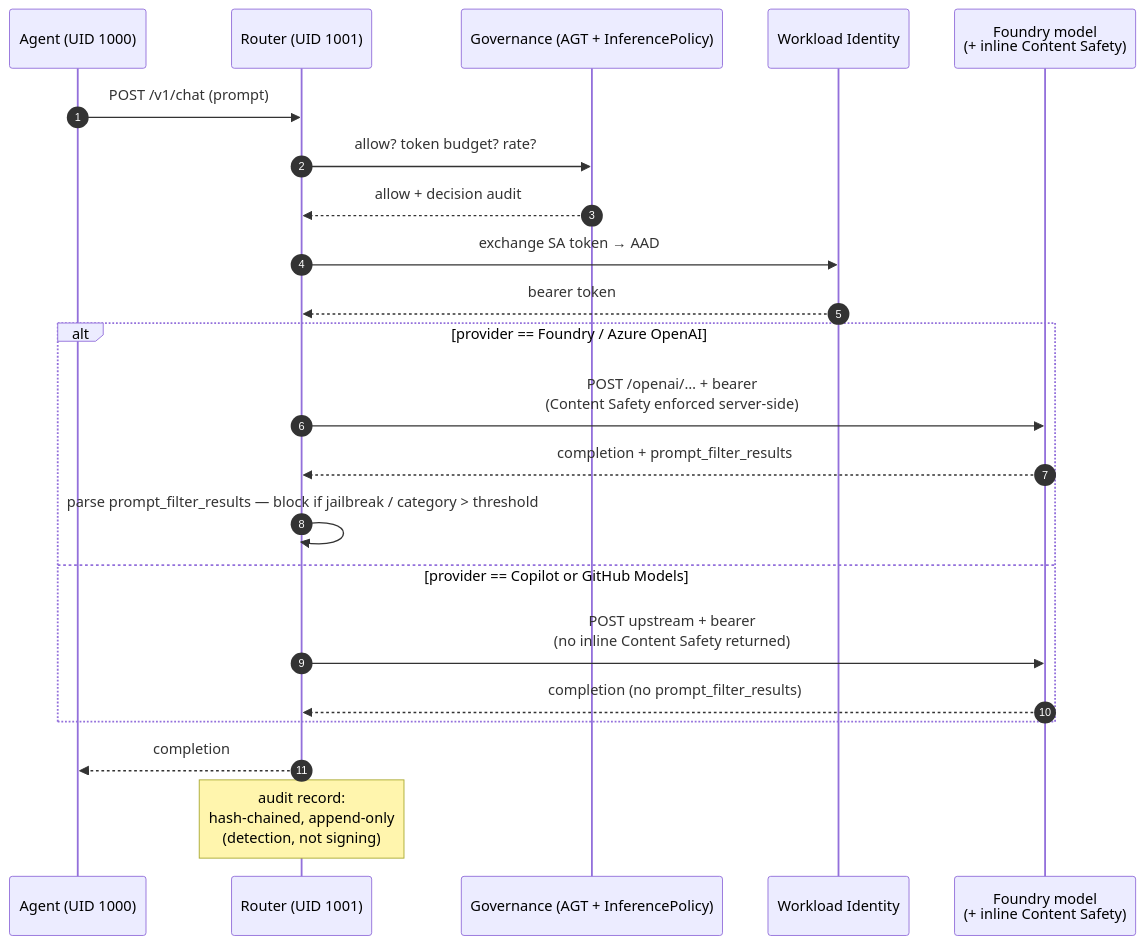
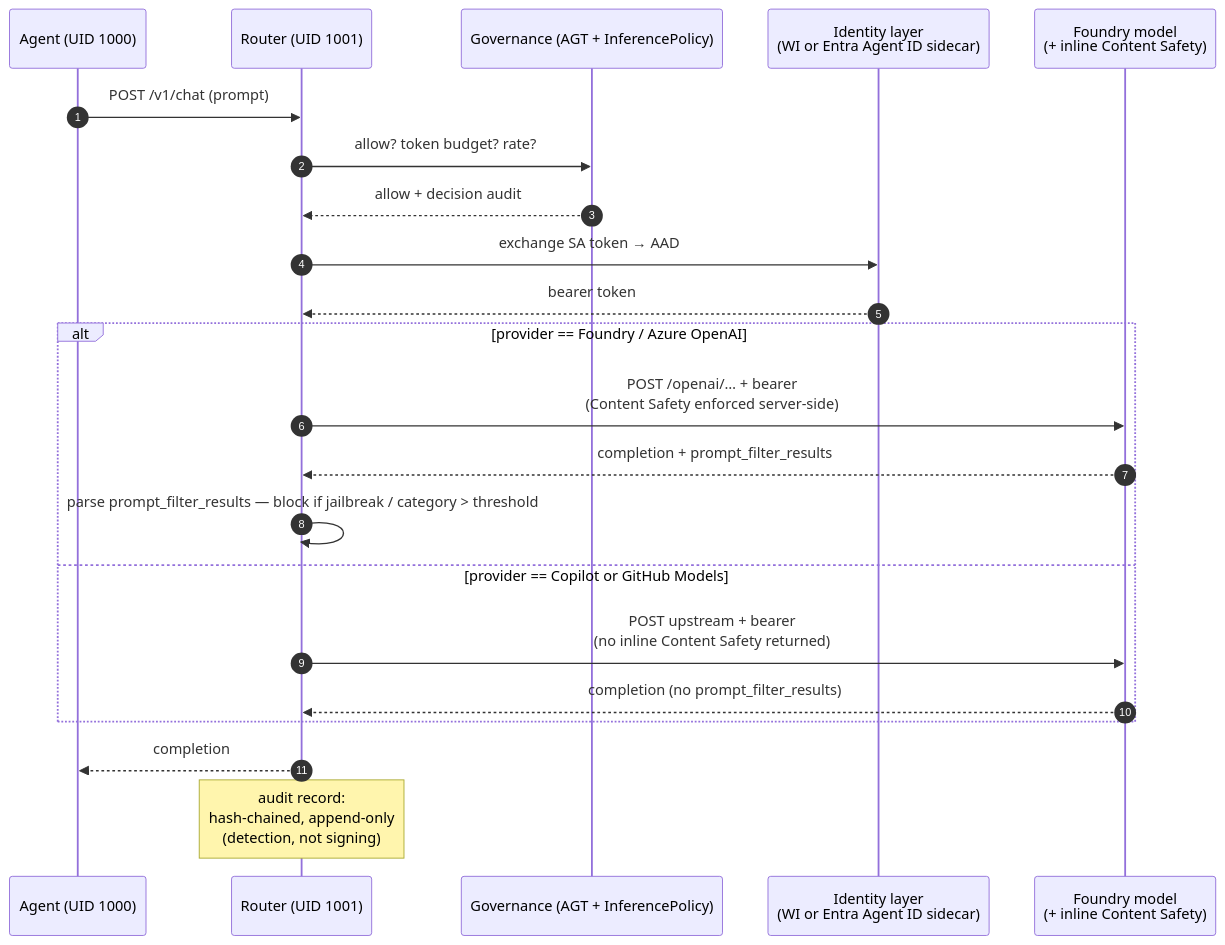
Before and after one commit to lachie83/kars: the third of 9 diagrams in docs/architecture-diagrams.md, drawn with Mermaid. The commit also changed other lines of this file and 6 other files, not shown here.

First line of the commit message:
docs(readme,architecture): refresh identity story for Entra Agent ID + scrub residual azureclaw refs (#366)

````diff
--- a/docs/architecture-diagrams.md
+++ b/docs/architecture-diagrams.md
@@ -82,25 +103,25 @@
 ```mermaid
 sequenceDiagram
   autonumber
   participant Agent as Agent (UID 1000)
   participant Router as Router (UID 1001)
   participant Gov as Governance (AGT + InferencePolicy)
-  participant WI as Workload Identity
+  participant WI as Identity layer<br/>(WI or Entra Agent ID sidecar)
   participant Foundry as Foundry model<br/>(+ inline Content Safety)
 
   Agent->>Router: POST /v1/chat (prompt)
   Router->>Gov: allow? token budget? rate?
   Gov-->>Router: allow + decision audit
   Router->>WI: exchange SA token → AAD
   WI-->>Router: bearer token
   alt provider == Foundry / Azure OpenAI
     Router->>Foundry: POST /openai/… + bearer<br/>(Content Safety enforced server-side)
     Foundry-->>Router: completion + prompt_filter_results
     Router->>Router: parse prompt_filter_results — block if jailbreak / category > threshold
   else provider == Copilot or GitHub Models
     Router->>Foundry: POST upstream + bearer<br/>(no inline Content Safety returned)
     Foundry-->>Router: completion (no prompt_filter_results)
   end
   Router-->>Agent: completion
   Note over Router: audit record:<br/>hash-chained, append-only<br/>(detection, not signing)
 ```
````
